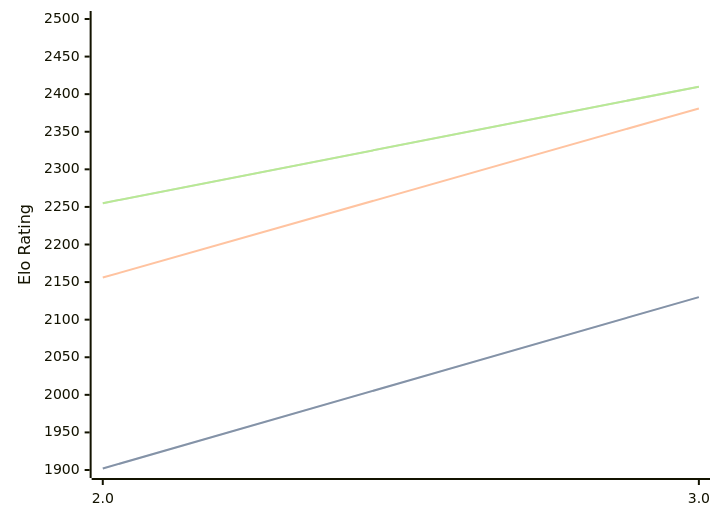
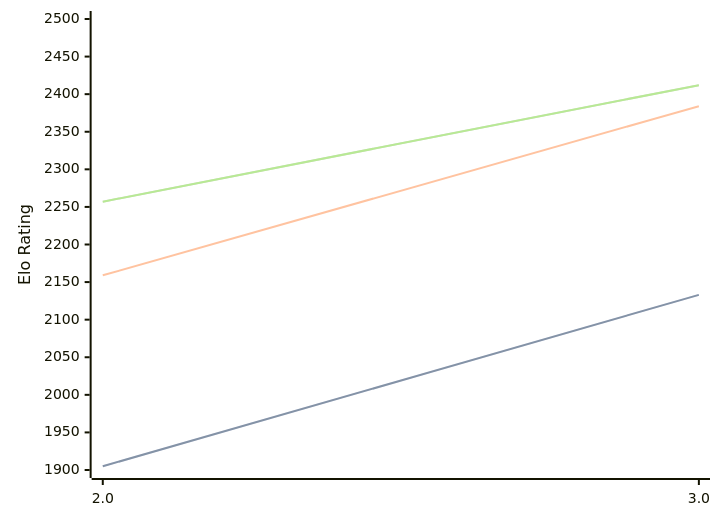
The diagram in engines/Zeno.md (computer-chess-index/cci), drawn with Mermaid before and after one commit. The commit also changed other lines of this file, not shown here.

Commit message:
Update CCI Ratings (ELO VLTC) - 2026-09-24

````diff
--- a/engines/Zeno.md
+++ b/engines/Zeno.md
@@ -32,11 +32,11 @@
 ```mermaid
 %%{init: {"theme":"base","themeVariables":{"seriesColors:['#a3a3a3','#222221','#faa371']}}}%%
 xychart-beta
   x-axis ["2.0", "3.0"]
   y-axis "Elo Rating" 1900 --> 2500
-  line "" [1902, 2130]
-  line "STC (8.0+0.08s)" [1902, 2130]
-  line "LTC (60.0+0.60s)" [2156, 2381]
-  line "" [2255, 2410]
-  line "VLTC (2m24s+1.12s)" [2255, 2410]
+  line "" [1905, 2133]
+  line "STC (8.0+0.08s)" [1905, 2133]
+  line "LTC (60.0+0.60s)" [2159, 2384]
+  line "" [2257, 2412]
+  line "VLTC (2m24s+1.12s)" [2257, 2412]
 ```
````
